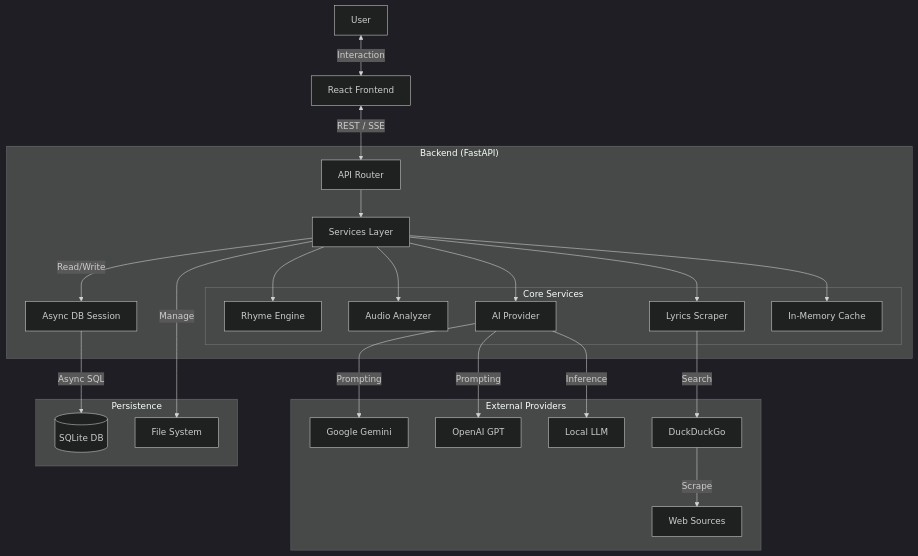
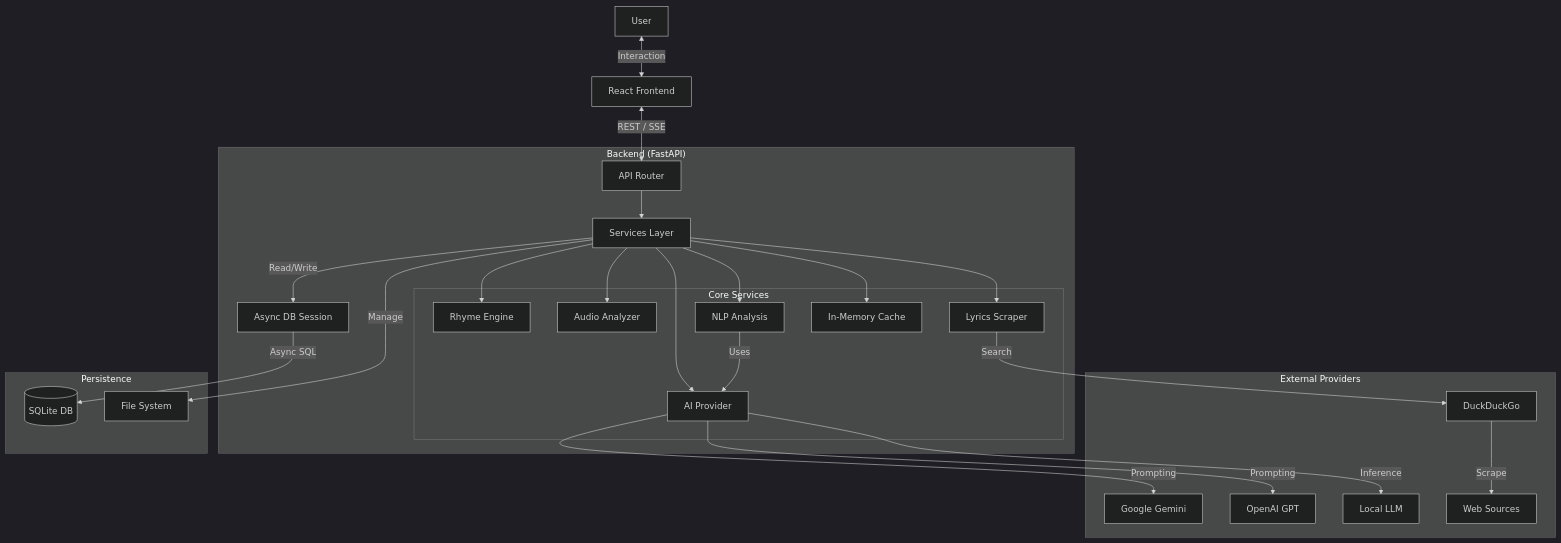
The diagram in README.md (ChiragNSundar/VibeLyrics), drawn with Mermaid (dark theme) before and after one commit.

Commit message:
docs: Update architecture diagram with NLP service

````diff
--- a/README.md
+++ b/README.md
@@ -108,53 +108,57 @@
 ```mermaid
 graph TD
     Client[React Frontend]
     User[User]
     
     subgraph "Backend (FastAPI)"
         API[API Router]
         Services[Services Layer]
         DB_Layer[Async DB Session]
         
         subgraph "Core Services"
             Rhyme[Rhyme Engine]
             Audio[Audio Analyzer]
             AI_Service[AI Provider]
+            NLP[NLP Analysis]
             Scraper[Lyrics Scraper]
             Cache[In-Memory Cache]
         end
     end
     
     subgraph "External Providers"
         Gemini[Google Gemini]
         OpenAI[OpenAI GPT]
         LMStudio[Local LLM]
         Duck[DuckDuckGo]
         Web[Web Sources]
     end
     
     subgraph "Persistence"
         SQLite[(SQLite DB)]
         Files[File System]
     end
 
     User <-->|Interaction| Client
     Client <-->|REST / SSE| API
     
     API --> Services
     
     Services --> Rhyme
     Services --> Audio
     Services --> AI_Service
+    Services --> NLP
     Services --> Scraper
     Services --> Cache
+    
+    NLP -->|Uses| AI_Service
     
     AI_Service -->|Prompting| Gemini
     AI_Service -->|Prompting| OpenAI
     AI_Service -->|Inference| LMStudio
     Scraper -->|Search| Duck
     Duck -->|Scrape| Web
     
     Services -->|Read/Write| DB_Layer
     DB_Layer -->|Async SQL| SQLite
     Services -->|Manage| Files
 ```
````
